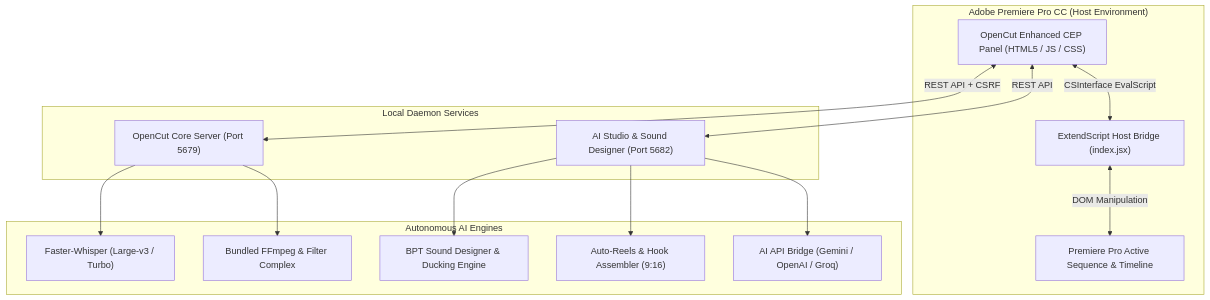
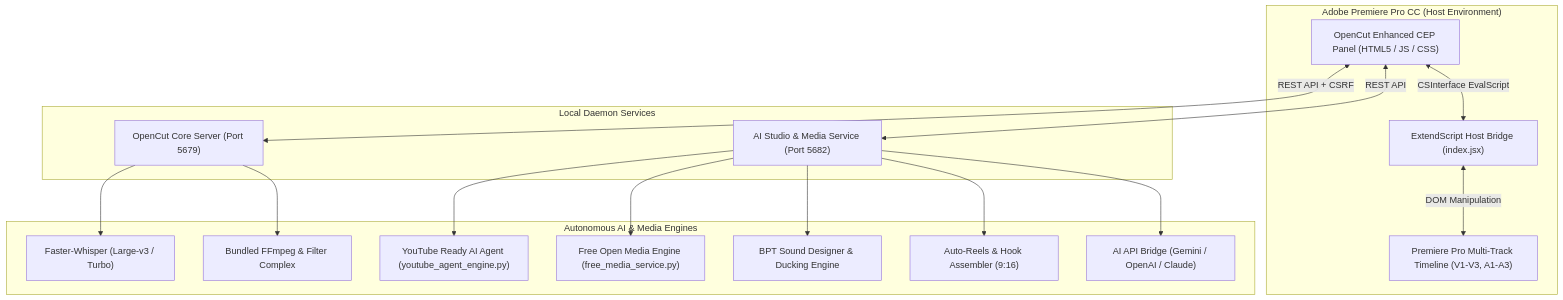
The diagram in README.md (RakibAhmed642/OpenCut-Enhanced), drawn with Mermaid before and after one commit. The commit also changed other lines of this file, not shown here.

Commit message:
docs(readme): document YouTube AI Agent, Free Open Media Studio, and AI Media Permissions

````diff
--- a/README.md
+++ b/README.md
@@ -129,31 +217,35 @@
 ```mermaid
 flowchart TD
     subgraph PremierePro ["Adobe Premiere Pro CC (Host Environment)"]
         CEP["OpenCut Enhanced CEP Panel (HTML5 / JS / CSS)"]
         JSX["ExtendScript Host Bridge (index.jsx)"]
-        Timeline["Premiere Pro Active Sequence & Timeline"]
+        Timeline["Premiere Pro Multi-Track Timeline (V1-V3, A1-A3)"]
     end
 
     subgraph LocalServers ["Local Daemon Services"]
         BackendServer["OpenCut Core Server (Port 5679)"]
-        SoundService["AI Studio & Sound Designer (Port 5682)"]
+        SoundService["AI Studio & Media Service (Port 5682)"]
     end
 
-    subgraph ProcessingCore ["Autonomous AI Engines"]
+    subgraph ProcessingCore ["Autonomous AI & Media Engines"]
+        YTAgent["YouTube Ready AI Agent (youtube_agent_engine.py)"]
+        MediaService["Free Open Media Engine (free_media_service.py)"]
         WhisperEngine["Faster-Whisper (Large-v3 / Turbo)"]
         SoundEngine["BPT Sound Designer & Ducking Engine"]
         AutoReels["Auto-Reels & Hook Assembler (9:16)"]
         FFmpegBin["Bundled FFmpeg & Filter Complex"]
-        LLMHub["AI API Bridge (Gemini / OpenAI / Groq)"]
+        LLMHub["AI API Bridge (Gemini / OpenAI / Claude)"]
     end
 
     CEP <-->|REST API + CSRF| BackendServer
     CEP <-->|REST API| SoundService
     CEP <-->|CSInterface EvalScript| JSX
     JSX <-->|DOM Manipulation| Timeline
-    BackendServer --> WhisperEngine
-    BackendServer --> FFmpegBin
+    SoundService --> YTAgent
+    SoundService --> MediaService
     SoundService --> SoundEngine
     SoundService --> AutoReels
     SoundService --> LLMHub
+    BackendServer --> WhisperEngine
+    BackendServer --> FFmpegBin
 ```
````
